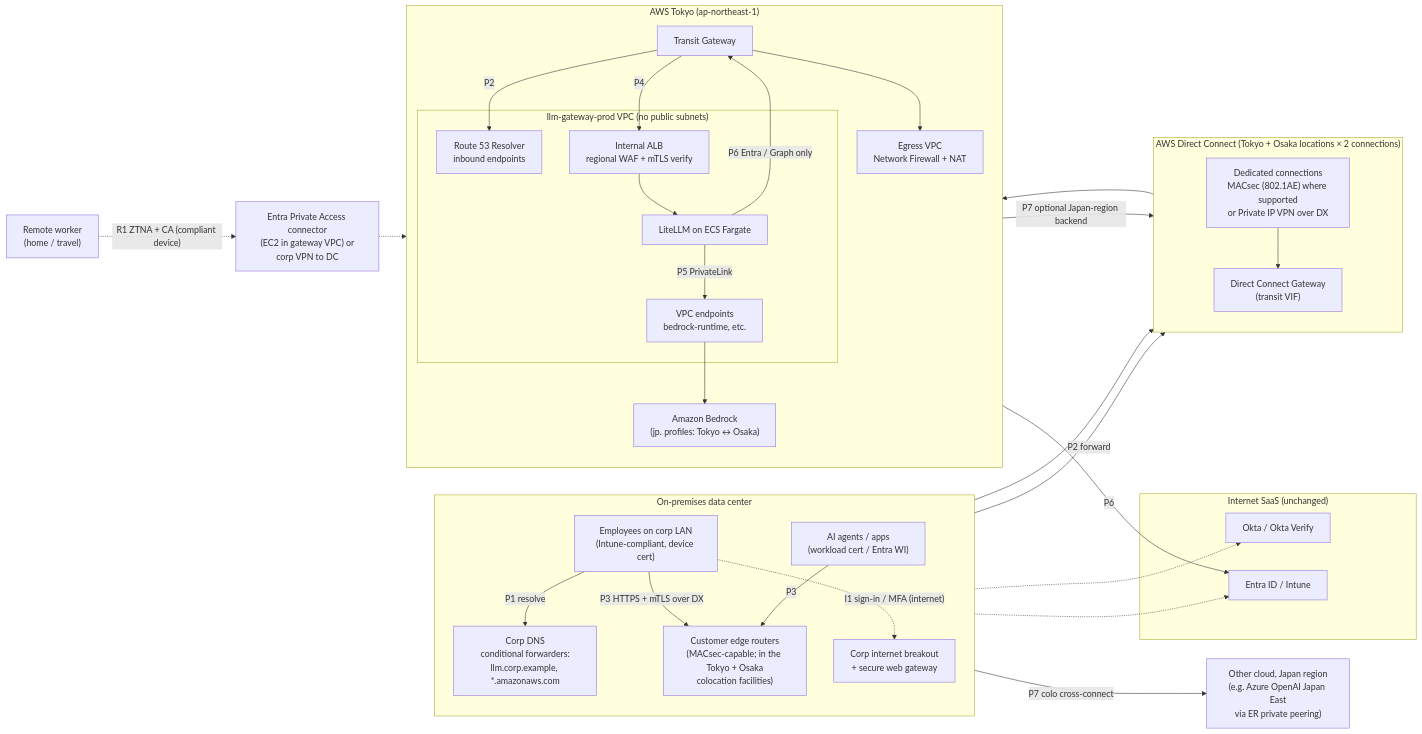
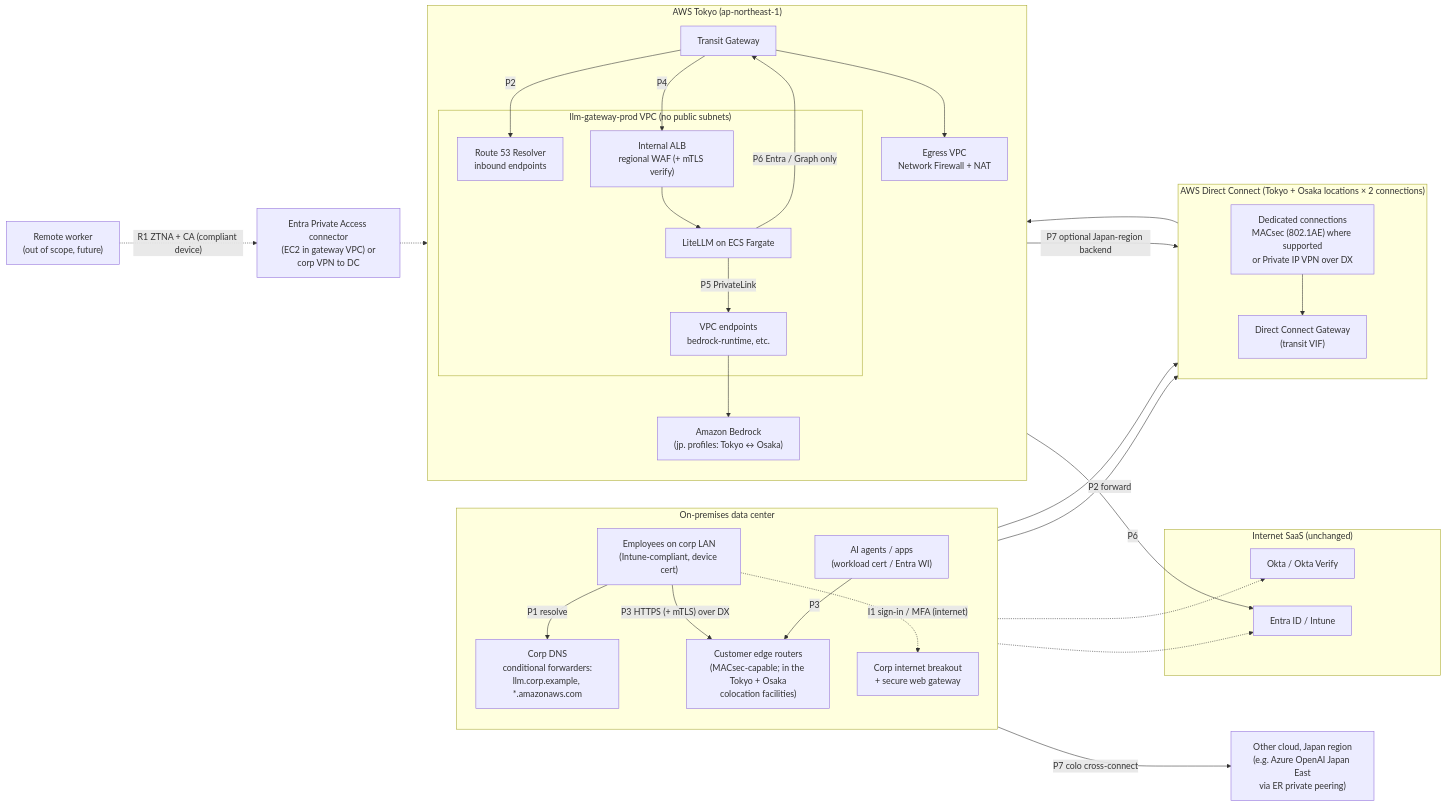
The first of 5 diagrams in docs/en/07-private-connectivity.md (minddrop/llm-gateway-comparison), drawn with Mermaid before and after one commit. The commit also changed other lines of this file and 8 other files, not shown here.

````diff
--- a/docs/en/07-private-connectivity.md
+++ b/docs/en/07-private-connectivity.md
@@ -21,58 +33,58 @@
 ```mermaid
 flowchart LR
     subgraph ONP["On-premises data center"]
         direction TB
         UOP["Employees on corp LAN<br/>(Intune-compliant, device cert)"]
         AGOP["AI agents / apps<br/>(workload cert / Entra WI)"]
         ODNS["Corp DNS<br/>conditional forwarders:<br/>llm.corp.example, *.amazonaws.com"]
         CER["Customer edge routers<br/>(MACsec-capable; in the Tokyo + Osaka<br/>colocation facilities)"]
         INET["Corp internet breakout<br/>+ secure web gateway"]
     end
 
     subgraph DX["AWS Direct Connect (Tokyo + Osaka locations × 2 connections)"]
         direction TB
         DXC["Dedicated connections<br/>MACsec (802.1AE) where supported<br/>or Private IP VPN over DX"]
         DXGW["Direct Connect Gateway<br/>(transit VIF)"]
     end
 
     subgraph AWS["AWS Tokyo (ap-northeast-1)"]
         direction TB
         TGW["Transit Gateway"]
         subgraph VPC["llm-gateway-prod VPC (no public subnets)"]
             R53IN["Route 53 Resolver<br/>inbound endpoints"]
-            IALB["Internal ALB<br/>regional WAF + mTLS verify"]
+            IALB["Internal ALB<br/>regional WAF (+ mTLS verify)"]
             ECS["LiteLLM on ECS Fargate"]
             VPCE["VPC endpoints<br/>bedrock-runtime, etc."]
         end
         EGR["Egress VPC<br/>Network Firewall + NAT"]
         BR["Amazon Bedrock<br/>(jp. profiles: Tokyo ↔ Osaka)"]
     end
 
     subgraph SAAS["Internet SaaS (unchanged)"]
         ENTRA["Entra ID / Intune"]
         OKTA["Okta / Okta Verify"]
     end
 
     XC["Other cloud, Japan region<br/>(e.g. Azure OpenAI Japan East<br/>via ER private peering)"]
-    REM["Remote worker<br/>(home / travel)"]
+    REM["Remote worker<br/>(out of scope, future)"]
     ZTNA["Entra Private Access connector<br/>(EC2 in gateway VPC) or<br/>corp VPN to DC"]
 
     UOP -->|"P1 resolve"| ODNS
     ODNS -->|"P2 forward"| DXC
     DXC --> DXGW --> TGW
     TGW -->|"P2"| R53IN
-    UOP -->|"P3 HTTPS + mTLS over DX"| CER
+    UOP -->|"P3 HTTPS (+ mTLS) over DX"| CER
     AGOP -->|"P3"| CER
     CER --> DXC
     TGW -->|"P4"| IALB --> ECS
     ECS -->|"P5 PrivateLink"| VPCE --> BR
     ECS -->|"P6 Entra / Graph only"| TGW
     TGW --> EGR -->|"P6"| ENTRA
     TGW -->|"P7 optional Japan-region backend"| DXGW
     CER -->|"P7 colo cross-connect"| XC
     UOP -.->|"I1 sign-in / MFA (internet)"| INET
     INET -.-> ENTRA
     INET -.-> OKTA
     REM -.->|"R1 ZTNA + CA (compliant device)"| ZTNA
     ZTNA -.-> IALB
 ```
````
